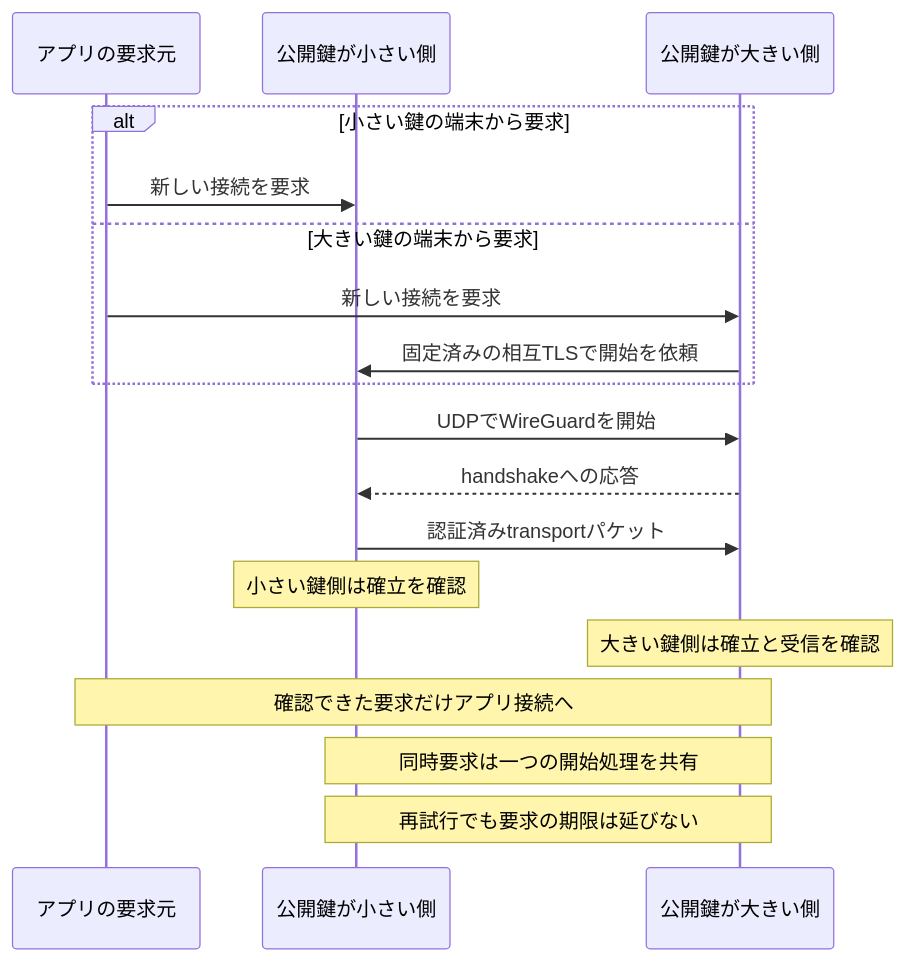
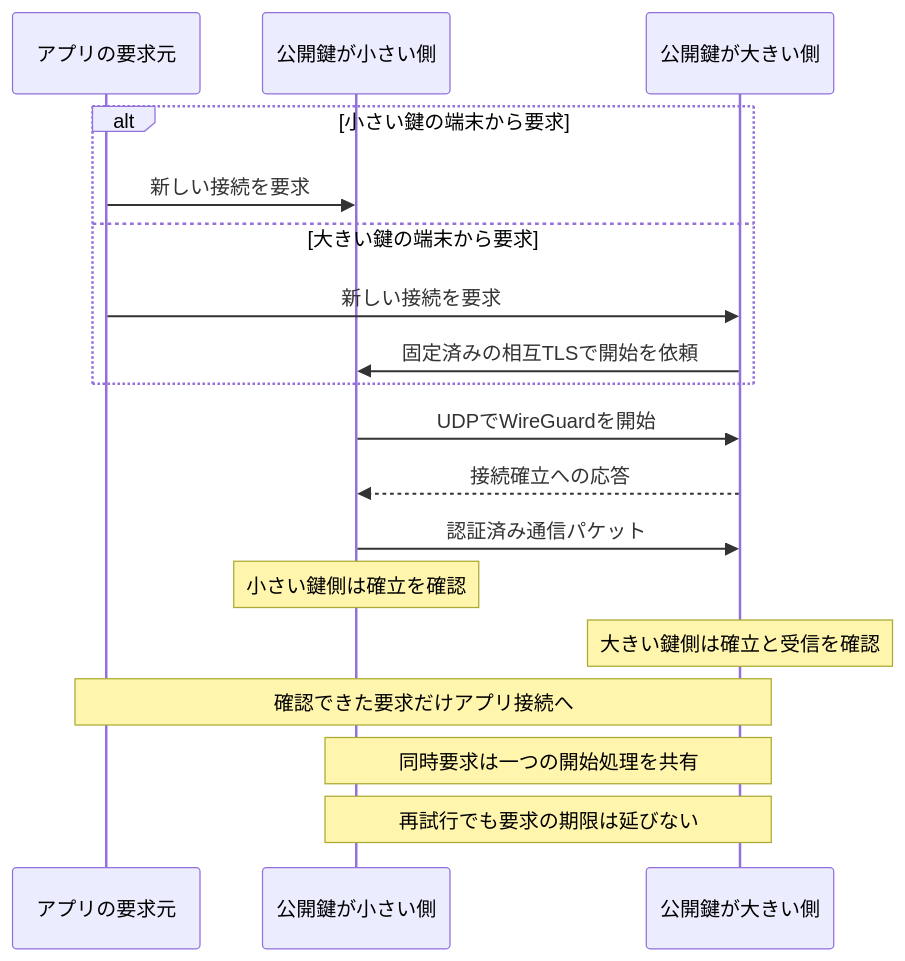
One commit to webkaz-labs/sobalink changed the second of 3 diagrams in docs/DIRECT_LAN.ja.md. Above: the diagram before and after it, drawn with Mermaid. The commit also changed other lines of this file and 111 other files, not shown here.

````diff
--- a/docs/DIRECT_LAN.ja.md
+++ b/docs/DIRECT_LAN.ja.md
@@ -159,20 +161,20 @@
 ```mermaid
 sequenceDiagram
  participant A as アプリの要求元
  participant L as 公開鍵が小さい側
  participant H as 公開鍵が大きい側
  alt 小さい鍵の端末から要求
  A->>L: 新しい接続を要求
  else 大きい鍵の端末から要求
  A->>H: 新しい接続を要求
  H->>L: 固定済みの相互TLSで開始を依頼
  end
  L->>H: UDPでWireGuardを開始
- H-->>L: handshakeへの応答
- L->>H: 認証済みtransportパケット
+ H-->>L: 接続確立への応答
+ L->>H: 認証済み通信パケット
  Note over L: 小さい鍵側は確立を確認
  Note over H: 大きい鍵側は確立と受信を確認
  Note over A,H: 確認できた要求だけアプリ接続へ
  Note over L,H: 同時要求は一つの開始処理を共有
  Note over L,H: 再試行でも要求の期限は延びない
 ```
````
